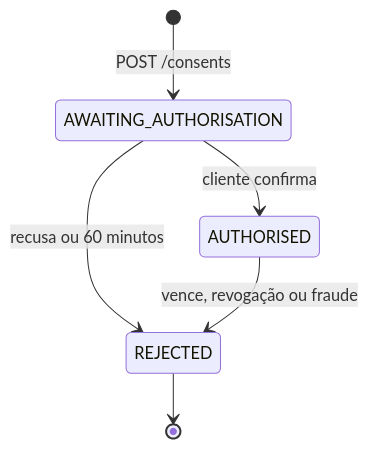
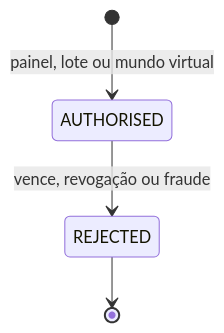
The second of 3 diagrams in docs/03-design/classes/modelo-de-dominio.md (marcelosotto/open-finance-simulator), drawn with Mermaid before and after one commit. The commit also changed 30 other files, not shown here.

````diff
--- a/docs/03-design/classes/modelo-de-dominio.md
+++ b/docs/03-design/classes/modelo-de-dominio.md
@@ -101,8 +101,6 @@
 ```mermaid
 stateDiagram-v2
-  [*] --> AWAITING_AUTHORISATION : POST /consents
-  AWAITING_AUTHORISATION --> AUTHORISED : cliente confirma
-  AWAITING_AUTHORISATION --> REJECTED : recusa ou 60 minutos
+  [*] --> AUTHORISED : painel, lote ou mundo virtual
   AUTHORISED --> REJECTED : vence, revogação ou fraude
   REJECTED --> [*]
 ```
````
